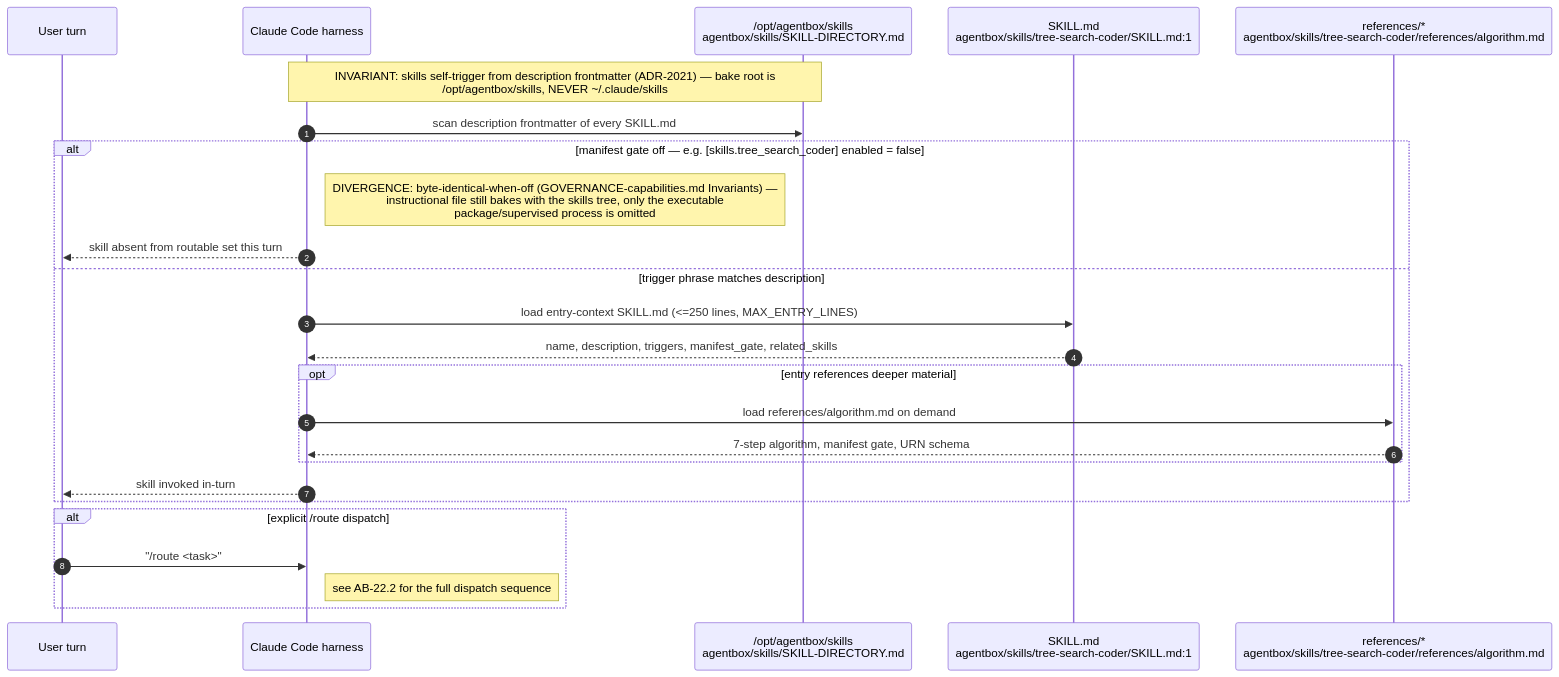
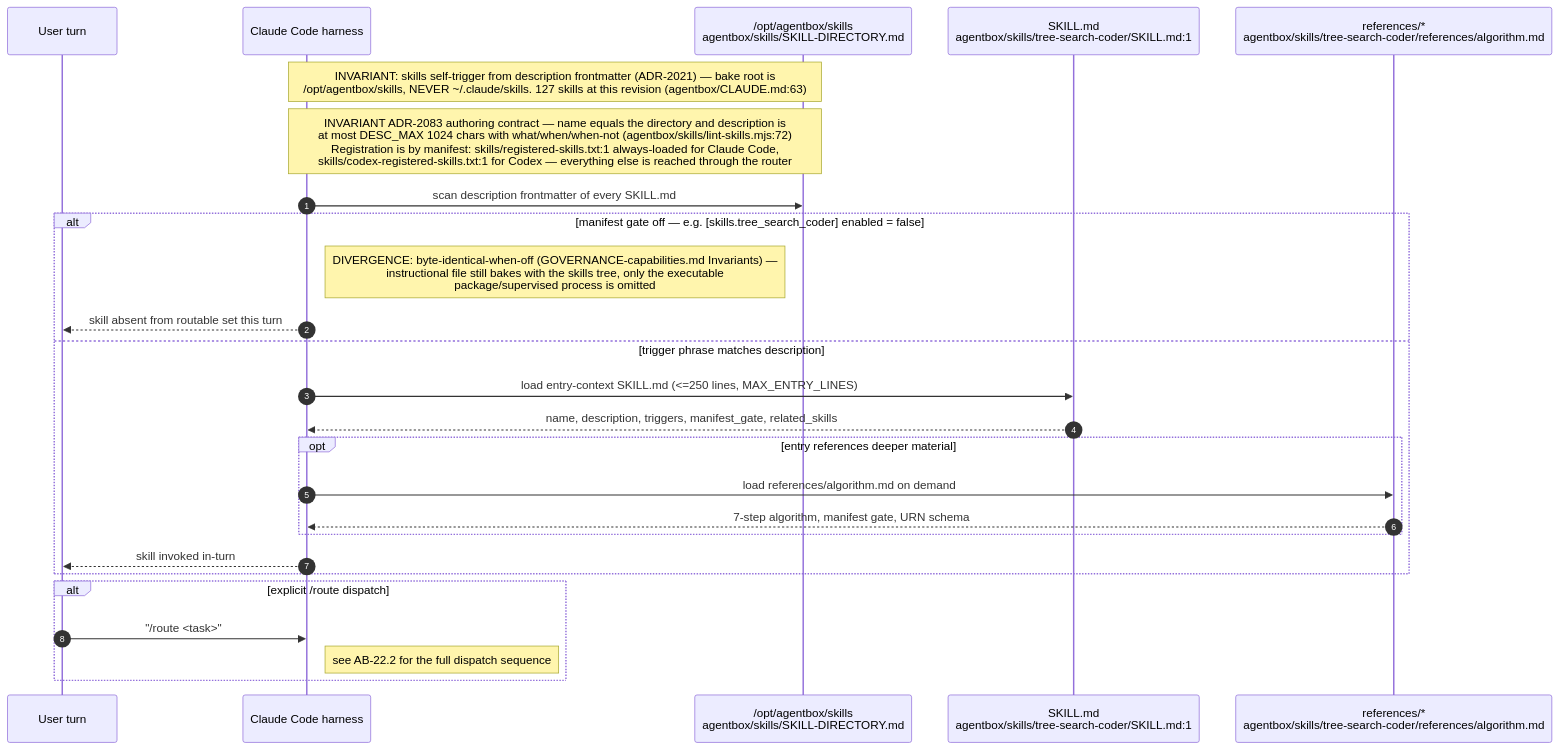
Before and after one commit to DreamLab-AI/VisionFlow: the first of 14 diagrams in docs/diagrams/agentbox/22-skills-and-routing.md, drawn with Mermaid. The commit also changed other lines of this file and 28 other files, not shown here.

````diff
--- a/docs/diagrams/agentbox/22-skills-and-routing.md
+++ b/docs/diagrams/agentbox/22-skills-and-routing.md
@@ -46,28 +64,29 @@
 ```mermaid
 sequenceDiagram
     autonumber
     participant U as User turn
     participant H as Claude Code harness
     participant FS as /opt/agentbox/skills<br/>agentbox/skills/SKILL-DIRECTORY.md
     participant SK as SKILL.md<br/>agentbox/skills/tree-search-coder/SKILL.md:1
     participant REF as references/*<br/>agentbox/skills/tree-search-coder/references/algorithm.md
 
-    Note over H,FS: INVARIANT: skills self-trigger from description frontmatter (ADR-2021) — bake root is<br/>/opt/agentbox/skills, NEVER ~/.claude/skills
+    Note over H,FS: INVARIANT: skills self-trigger from description frontmatter (ADR-2021) — bake root is<br/>/opt/agentbox/skills, NEVER ~/.claude/skills. 127 skills at this revision (agentbox/CLAUDE.md:63)
+    Note over H,FS: INVARIANT ADR-2083 authoring contract — name equals the directory and description is<br/>at most DESC_MAX 1024 chars with what/when/when-not (agentbox/skills/lint-skills.mjs:72)<br/>Registration is by manifest: skills/registered-skills.txt:1 always-loaded for Claude Code,<br/>skills/codex-registered-skills.txt:1 for Codex — everything else is reached through the router
     H->>FS: scan description frontmatter of every SKILL.md
     alt manifest gate off — e.g. [skills.tree_search_coder] enabled = false
         Note right of H: DIVERGENCE: byte-identical-when-off (GOVERNANCE-capabilities.md Invariants) —<br/>instructional file still bakes with the skills tree, only the executable<br/>package/supervised process is omitted
         H-->>U: skill absent from routable set this turn
     else trigger phrase matches description
         H->>SK: load entry-context SKILL.md (<=250 lines, MAX_ENTRY_LINES)
         SK-->>H: name, description, triggers, manifest_gate, related_skills
         opt entry references deeper material
             H->>REF: load references/algorithm.md on demand
             REF-->>H: 7-step algorithm, manifest gate, URN schema
         end
         H-->>U: skill invoked in-turn
     end
     alt explicit /route dispatch
         U->>H: "/route <task>"
         Note right of H: see AB-22.2 for the full dispatch sequence
     end
 ```
````
